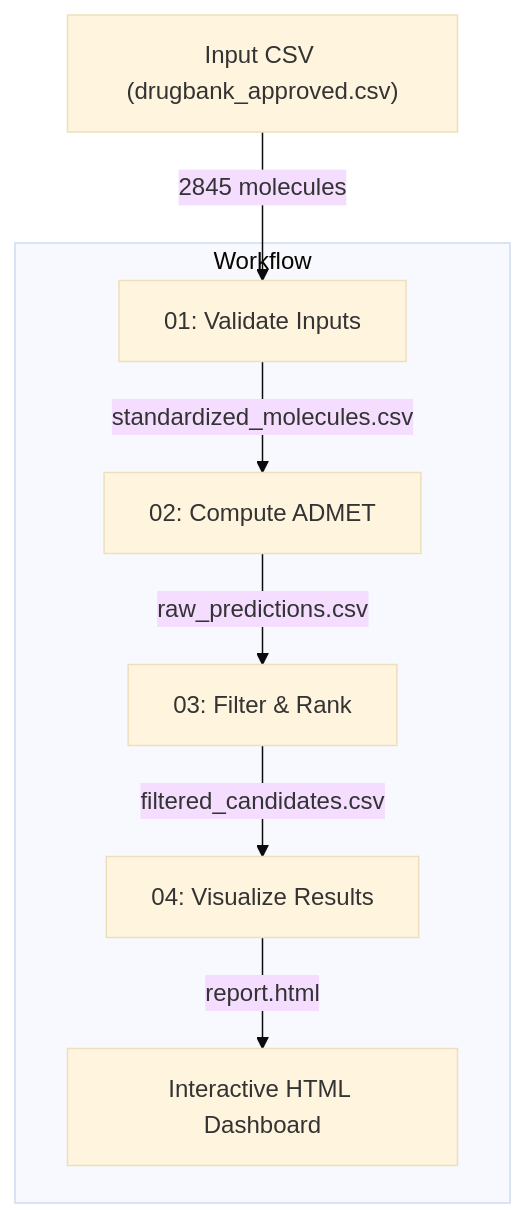
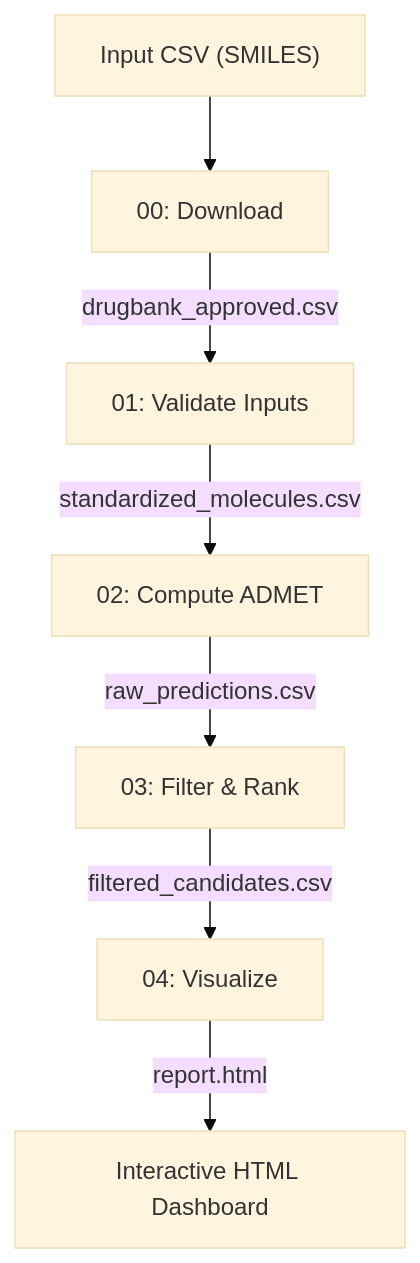
The diagram in workflows/workflow-014/README.md (chiral-data/collab-workflows), drawn with Mermaid (base theme) before and after one commit. The commit also changed other lines of this file and 2 other files, not shown here.

First line of the commit message:
docs(workflow-014,005,016): update READMEs to standard template

````diff
--- a/workflows/workflow-014/README.md
+++ b/workflows/workflow-014/README.md
@@ -22,10 +31,9 @@
 ```mermaid
 graph TD
-    A["Input CSV (drugbank_approved.csv)"] -->|2845 molecules| N1
-    subgraph Workflow
-        N1["01: Validate Inputs"] -->|standardized_molecules.csv| N2["02: Compute ADMET"]
-        N2 -->|raw_predictions.csv| N3["03: Filter & Rank"]
-        N3 -->|filtered_candidates.csv| N4["04: Visualize Results"]
-        N4 -->|report.html| Dashboard["Interactive HTML Dashboard"]
-    end
+    A["Input CSV (SMILES)"] --> N0["00: Download"]
+    N0 -->|drugbank_approved.csv| N1["01: Validate Inputs"]
+    N1 -->|standardized_molecules.csv| N2["02: Compute ADMET"]
+    N2 -->|raw_predictions.csv| N3["03: Filter & Rank"]
+    N3 -->|filtered_candidates.csv| N4["04: Visualize"]
+    N4 -->|report.html| D["Interactive HTML Dashboard"]
 ```
````
